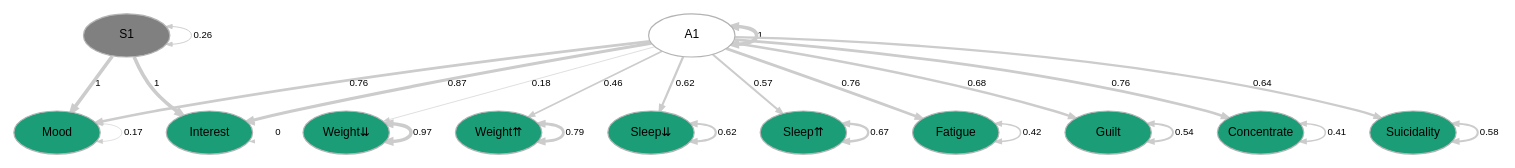
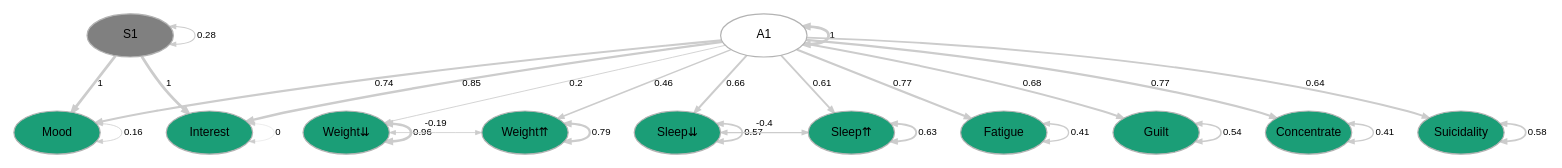
One commit to ccbs-stradl/mdd-symptom-gwas changed the diagram in mdd-symptom-gsem_files/ukb_cidi_commonfactor.gv. Above: the diagram before and after it, drawn with Graphviz. The commit also changed 13 other files, not shown here.

Commit message:
Function to manipulate graphviz node layout ranks

```diff
--- a/mdd-symptom-gsem_files/ukb_cidi_commonfactor.gv
+++ b/mdd-symptom-gsem_files/ukb_cidi_commonfactor.gv
@@ -1,60 +1,65 @@
 digraph {
 
 graph [layout = "dot",
        rankdir = "TB",
        outputorder = "edgesfirst",
        bgcolor = "white"]
 
 node [fontname = "Helvetica",
       fontsize = "10",
       shape = "circle",
       fixedsize = "true",
       width = "0.5",
       style = "filled",
       fillcolor = "aliceblue",
       color = "gray70",
       fontcolor = "gray50"]
 
 edge [fontname = "Helvetica",
      fontsize = "8",
      len = "1.5",
      color = "gray80",
      arrowsize = "0.5"]
 
+{rank=same "1" "2" }
+{rank=same "3" "4" "5" "6" "7" "8" "9" "10" "11" "12" }
+
   "1" [label = "A1", shape = "oval", width = "1", fillcolor = "white", fontcolor = "black"] 
   "2" [label = "S1", shape = "oval", width = "1", fillcolor = "grey", fontcolor = "black"] 
   "3" [label = "Mood", shape = "oval", width = "1", fillcolor = "#1b9e77", fontcolor = "black"] 
   "4" [label = "Interest", shape = "oval", width = "1", fillcolor = "#1b9e77", fontcolor = "black"] 
   "5" [label = "Weight⇊", shape = "oval", width = "1", fillcolor = "#1b9e77", fontcolor = "black"] 
   "6" [label = "Weight⇈", shape = "oval", width = "1", fillcolor = "#1b9e77", fontcolor = "black"] 
   "7" [label = "Sleep⇊", shape = "oval", width = "1", fillcolor = "#1b9e77", fontcolor = "black"] 
   "8" [label = "Sleep⇈", shape = "oval", width = "1", fillcolor = "#1b9e77", fontcolor = "black"] 
   "9" [label = "Fatigue", shape = "oval", width = "1", fillcolor = "#1b9e77", fontcolor = "black"] 
   "10" [label = "Guilt", shape = "oval", width = "1", fillcolor = "#1b9e77", fontcolor = "black"] 
   "11" [label = "Concentrate", shape = "oval", width = "1", fillcolor = "#1b9e77", fontcolor = "black"] 
   "12" [label = "Suicidality", shape = "oval", width = "1", fillcolor = "#1b9e77", fontcolor = "black"] 
-"1"->"1" [label = "1", penwidth = "3", dir = "both"] 
-"1"->"3" [label = "0.76", penwidth = "2.27358024598545", dir = "forward"] 
-"1"->"4" [label = "0.87", penwidth = "2.59971665960552", dir = "forward"] 
-"1"->"5" [label = "0.18", penwidth = "0.534202383755795", dir = "forward"] 
-"1"->"6" [label = "0.46", penwidth = "1.36964330970695", dir = "forward"] 
-"1"->"7" [label = "0.62", penwidth = "1.85890299780663", dir = "forward"] 
-"1"->"8" [label = "0.57", penwidth = "1.71974200316354", dir = "forward"] 
-"1"->"9" [label = "0.76", penwidth = "2.29367055937047", dir = "forward"] 
-"1"->"10" [label = "0.68", penwidth = "2.04209482675688", dir = "forward"] 
-"1"->"11" [label = "0.76", penwidth = "2.29478831762078", dir = "forward"] 
-"1"->"12" [label = "0.64", penwidth = "1.93348728662594", dir = "forward"] 
-"2"->"2" [label = "0.26", penwidth = "0.775223925513722", dir = "both"] 
-"2"->"3" [label = "1", penwidth = "3", dir = "forward"] 
-"2"->"4" [label = "1", penwidth = "3", dir = "forward"] 
-"3"->"3" [label = "0.17", penwidth = "0.50171960932473", dir = "both"] 
-"4"->"4" [label = "0", penwidth = "0.0030012026796101", dir = "both"] 
-"5"->"5" [label = "0.97", penwidth = "2.90487503854937", dir = "both"] 
-"6"->"6" [label = "0.79", penwidth = "2.37469310323469", dir = "both"] 
-"7"->"7" [label = "0.62", penwidth = "1.84813294650782", dir = "both"] 
-"8"->"8" [label = "0.67", penwidth = "2.01416792499206", dir = "both"] 
-"9"->"9" [label = "0.42", penwidth = "1.24636328648197", dir = "both"] 
-"10"->"10" [label = "0.54", penwidth = "1.60994795294331", dir = "both"] 
-"11"->"11" [label = "0.41", penwidth = "1.24464555443488", dir = "both"] 
-"12"->"12" [label = "0.58", penwidth = "1.75386051421905", dir = "both"] 
+"1"->"1" [label = "1", penwidth = "2.3", dir = "both"] 
+"1"->"3" [label = "0.74", penwidth = "1.78806857845209", dir = "forward"] 
+"1"->"4" [label = "0.85", penwidth = "2.00531684051305", dir = "forward"] 
+"1"->"5" [label = "0.2", penwidth = "0.695737824958197", dir = "forward"] 
+"1"->"6" [label = "0.46", penwidth = "1.22601361960321", dir = "forward"] 
+"1"->"7" [label = "0.66", penwidth = "1.61482892775074", dir = "forward"] 
+"1"->"8" [label = "0.61", penwidth = "1.52347419071403", dir = "forward"] 
+"1"->"9" [label = "0.77", penwidth = "1.83539366247434", dir = "forward"] 
+"1"->"10" [label = "0.68", penwidth = "1.66233451026804", dir = "forward"] 
+"1"->"11" [label = "0.77", penwidth = "1.83985394553015", dir = "forward"] 
+"1"->"12" [label = "0.64", penwidth = "1.58932116862188", dir = "forward"] 
+"2"->"2" [label = "0.28", penwidth = "0.86294825954605", dir = "both"] 
+"2"->"3" [label = "1", penwidth = "2.3", dir = "forward"] 
+"2"->"4" [label = "1", penwidth = "2.3", dir = "forward"] 
+"3"->"3" [label = "0.16", penwidth = "0.629877660947698", dir = "both"] 
+"4"->"4" [label = "0", penwidth = "0.302000333774468", dir = "both"] 
+"5"->"5" [label = "0.96", penwidth = "2.22169498321568", dir = "both"] 
+"5"->"6" [label = "-0.19", penwidth = "0.68103401431642", dir = "both"] 
+"6"->"6" [label = "0.79", penwidth = "1.87124951870551", dir = "both"] 
+"7"->"7" [label = "0.57", penwidth = "1.43559262355586", dir = "both"] 
+"7"->"8" [label = "-0.4", penwidth = "1.10174818049669", dir = "both"] 
+"8"->"8" [label = "0.63", penwidth = "1.5515581554041", dir = "both"] 
+"9"->"9" [label = "0.41", penwidth = "1.12128779873002", dir = "both"] 
+"10"->"10" [label = "0.54", penwidth = "1.37202166642675", dir = "both"] 
+"11"->"11" [label = "0.41", penwidth = "1.11442317191921", dir = "both"] 
+"12"->"12" [label = "0.58", penwidth = "1.46881575609955", dir = "both"] 
 }
```
